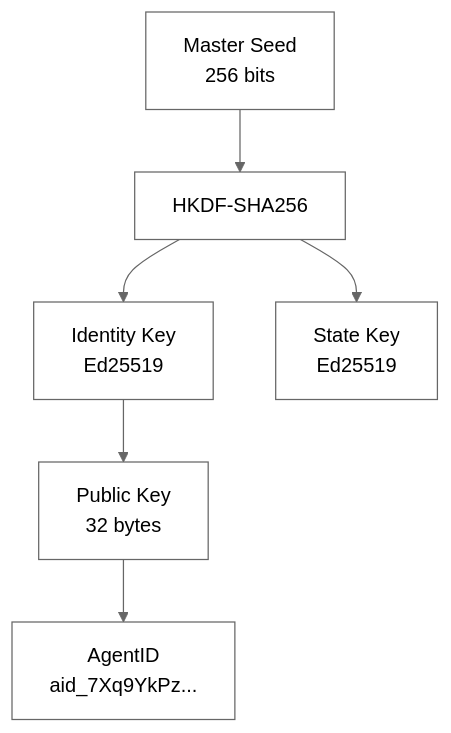
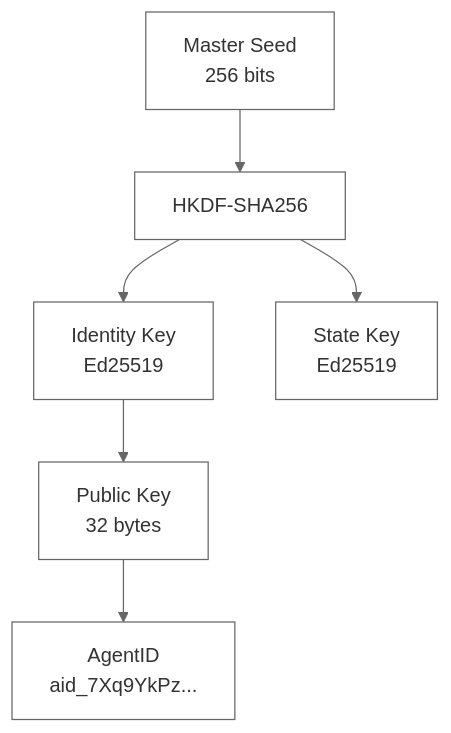
Before and after one commit to trustorno/sigaid: the third of 7 diagrams in README.md, drawn with Mermaid. The commit also changed other lines of this file, not shown here.

Commit message:
Consistent white background for all diagrams

````diff
--- a/README.md
+++ b/README.md
@@ -93,18 +69,11 @@
 ```mermaid
-%%{init: {'theme': 'neutral', 'themeVariables': { 'mainBkg': 'transparent'}}}%%
+%%{init: {'theme': 'base', 'themeVariables': { 'primaryColor': '#fff', 'primaryBorderColor': '#666', 'lineColor': '#666', 'primaryTextColor': '#333'}}}%%
 graph TB
     Seed[Master Seed<br/>256 bits] --> HKDF[HKDF-SHA256]
 
     HKDF --> IK[Identity Key<br/>Ed25519]
     HKDF --> SK[State Key<br/>Ed25519]
 
     IK --> PK[Public Key<br/>32 bytes]
     PK --> AID[AgentID<br/>aid_7Xq9YkPz...]
-
-    style Seed fill:none,stroke:#666
-    style HKDF fill:none,stroke:#666
-    style IK fill:none,stroke:#666
-    style SK fill:none,stroke:#666
-    style PK fill:none,stroke:#666
-    style AID fill:none,stroke:#666
 ```
````
